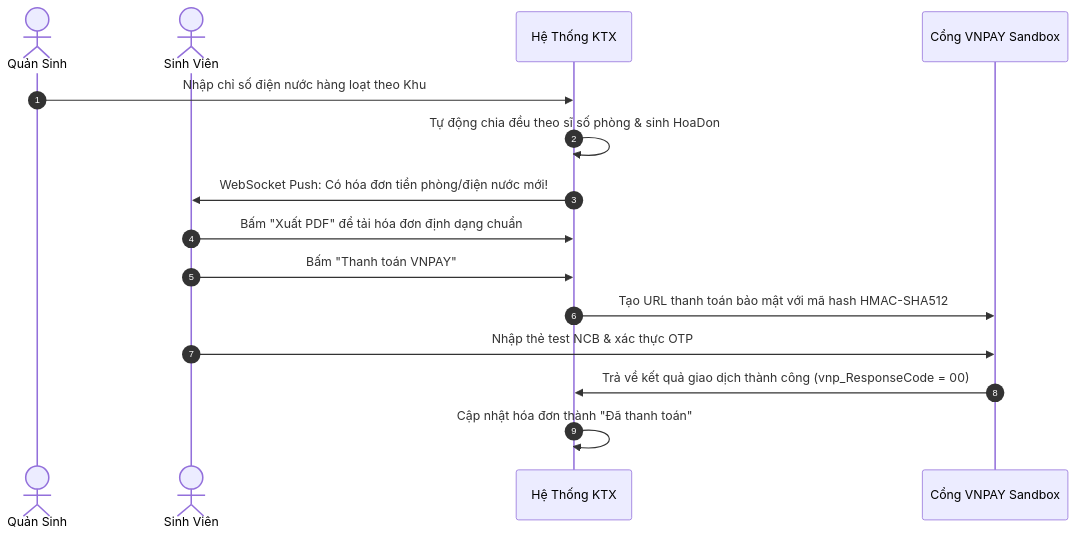
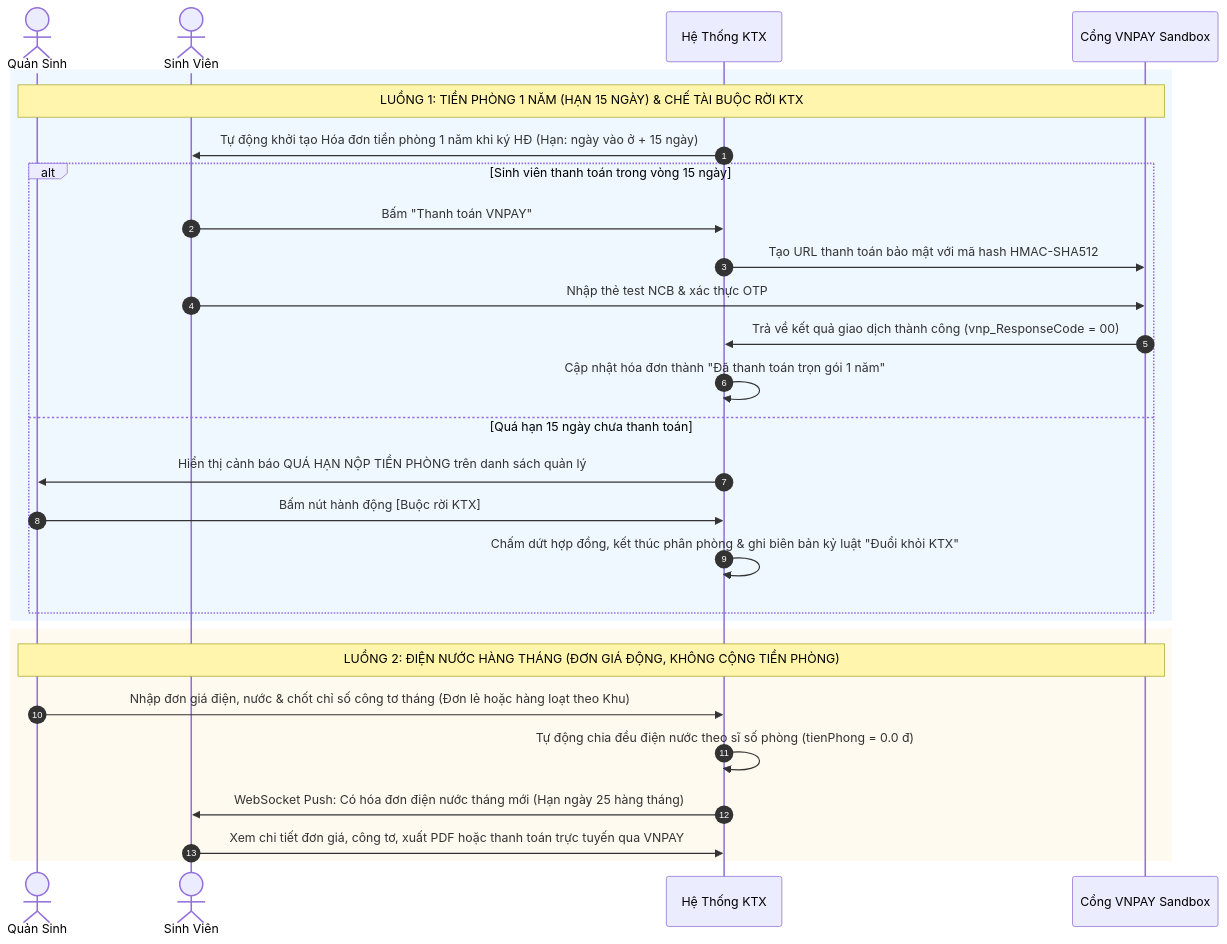
The third of 3 diagrams in README.md (duyquang2204/dormitory-management), drawn with Mermaid before and after one commit. The commit also changed other lines of this file and 28 other files, not shown here.

Commit message:
Cap nhat hop dong tron goi 1 nam, tach hoa don dien nuoc va luu chi so theo phong

````diff
--- a/README.md
+++ b/README.md
@@ -270,18 +285,32 @@
 ```mermaid
 sequenceDiagram
     autonumber
     actor QS as Quản Sinh
     actor SV as Sinh Viên
     participant SYS as Hệ Thống KTX
     participant VNP as Cổng VNPAY Sandbox
     
-    QS->>SYS: Nhập chỉ số điện nước hàng loạt theo Khu
-    SYS->>SYS: Tự động chia đều theo sĩ số phòng & sinh HoaDon
-    SYS->>SV: WebSocket Push: Có hóa đơn tiền phòng/điện nước mới!
-    SV->>SYS: Bấm "Xuất PDF" để tải hóa đơn định dạng chuẩn
-    SV->>SYS: Bấm "Thanh toán VNPAY"
-    SYS->>VNP: Tạo URL thanh toán bảo mật với mã hash HMAC-SHA512
-    SV->>VNP: Nhập thẻ test NCB & xác thực OTP
-    VNP->>SYS: Trả về kết quả giao dịch thành công (vnp_ResponseCode = 00)
-    SYS->>SYS: Cập nhật hóa đơn thành "Đã thanh toán"
+    rect rgb(240, 248, 255)
+    note over QS,VNP: LUỒNG 1: TIỀN PHÒNG 1 NĂM (HẠN 15 NGÀY) & CHẾ TÀI BUỘC RỜI KTX
+    SYS->>SV: Tự động khởi tạo Hóa đơn tiền phòng 1 năm khi ký HĐ (Hạn: ngày vào ở + 15 ngày)
+    alt Sinh viên thanh toán trong vòng 15 ngày
+        SV->>SYS: Bấm "Thanh toán VNPAY"
+        SYS->>VNP: Tạo URL thanh toán bảo mật với mã hash HMAC-SHA512
+        SV->>VNP: Nhập thẻ test NCB & xác thực OTP
+        VNP->>SYS: Trả về kết quả giao dịch thành công (vnp_ResponseCode = 00)
+        SYS->>SYS: Cập nhật hóa đơn thành "Đã thanh toán trọn gói 1 năm"
+    else Quá hạn 15 ngày chưa thanh toán
+        SYS->>QS: Hiển thị cảnh báo QUÁ HẠN NỘP TIỀN PHÒNG trên danh sách quản lý
+        QS->>SYS: Bấm nút hành động [Buộc rời KTX]
+        SYS->>SYS: Chấm dứt hợp đồng, kết thúc phân phòng & ghi biên bản kỷ luật "Đuổi khỏi KTX"
+    end
+    end
+    
+    rect rgb(255, 250, 240)
+    note over QS,VNP: LUỒNG 2: ĐIỆN NƯỚC HÀNG THÁNG (ĐƠN GIÁ ĐỘNG, KHÔNG CỘNG TIỀN PHÒNG)
+    QS->>SYS: Nhập đơn giá điện, nước & chốt chỉ số công tơ tháng (Đơn lẻ hoặc hàng loạt theo Khu)
+    SYS->>SYS: Tự động chia đều điện nước theo sĩ số phòng (tienPhong = 0.0 đ)
+    SYS->>SV: WebSocket Push: Có hóa đơn điện nước tháng mới (Hạn ngày 25 hàng tháng)
+    SV->>SYS: Xem chi tiết đơn giá, công tơ, xuất PDF hoặc thanh toán trực tuyến qua VNPAY
+    end
 ```
````
